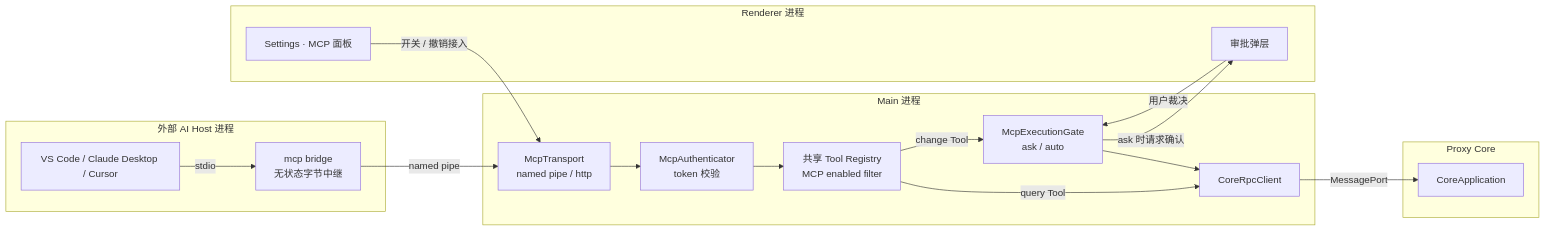
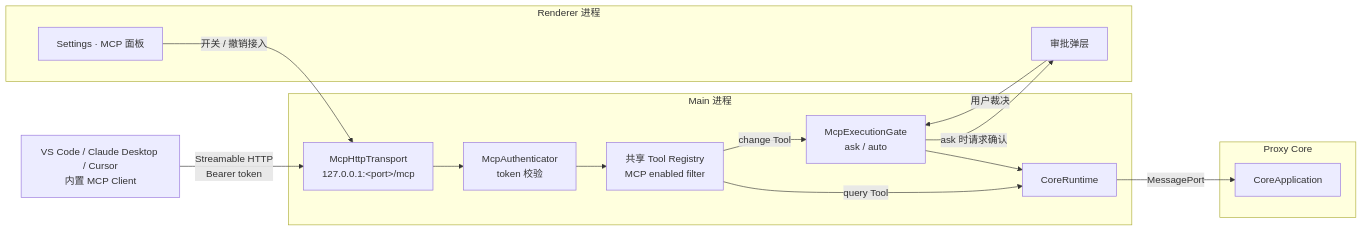
Before and after one commit to zhxmt-xm/Interceptor: the first of 6 diagrams in architecture/features/mcp.md, drawn with Mermaid. The commit also changed other lines of this file and 99 other files, not shown here.

Commit message:
feat(mcp): connect desktop over streamable http

````diff
--- a/architecture/features/mcp.md
+++ b/architecture/features/mcp.md
@@ -37,35 +38,31 @@
 ```mermaid
 flowchart LR
-    subgraph EXT["外部 AI Host 进程"]
-        HOST["VS Code / Claude Desktop / Cursor"]
-        BRIDGE["mcp bridge<br/>无状态字节中继"]
-    end
+    HOST["VS Code / Claude Desktop / Cursor<br/>内置 MCP Client"]
 
     subgraph M["Main 进程"]
-        LISTEN["McpTransport<br/>named pipe / http"]
+        LISTEN["McpHttpTransport<br/>127.0.0.1:&lt;port&gt;/mcp"]
         AUTH["McpAuthenticator<br/>token 校验"]
         REG["共享 Tool Registry<br/>MCP enabled filter"]
         GATE["McpExecutionGate<br/>ask / auto"]
-        RPCC["CoreRpcClient"]
+        RUNTIME["CoreRuntime"]
     end
 
     subgraph R["Renderer 进程"]
         PANEL["Settings · MCP 面板"]
         MODAL["审批弹层"]
     end
 
     subgraph C["Proxy Core"]
         APP["CoreApplication"]
     end
 
-    HOST -->|stdio| BRIDGE
-    BRIDGE -->|"named pipe"| LISTEN
+    HOST -->|"Streamable HTTP<br/>Bearer token"| LISTEN
     LISTEN --> AUTH --> REG
-    REG -->|"query Tool"| RPCC
+    REG -->|"query Tool"| RUNTIME
     REG -->|"change Tool"| GATE
     GATE -->|"ask 时请求确认"| MODAL
     MODAL -->|"用户裁决"| GATE
-    GATE --> RPCC
-    RPCC -->|MessagePort| APP
+    GATE --> RUNTIME
+    RUNTIME -->|MessagePort| APP
     PANEL -->|"开关 / 撤销接入"| LISTEN
 ```
````
